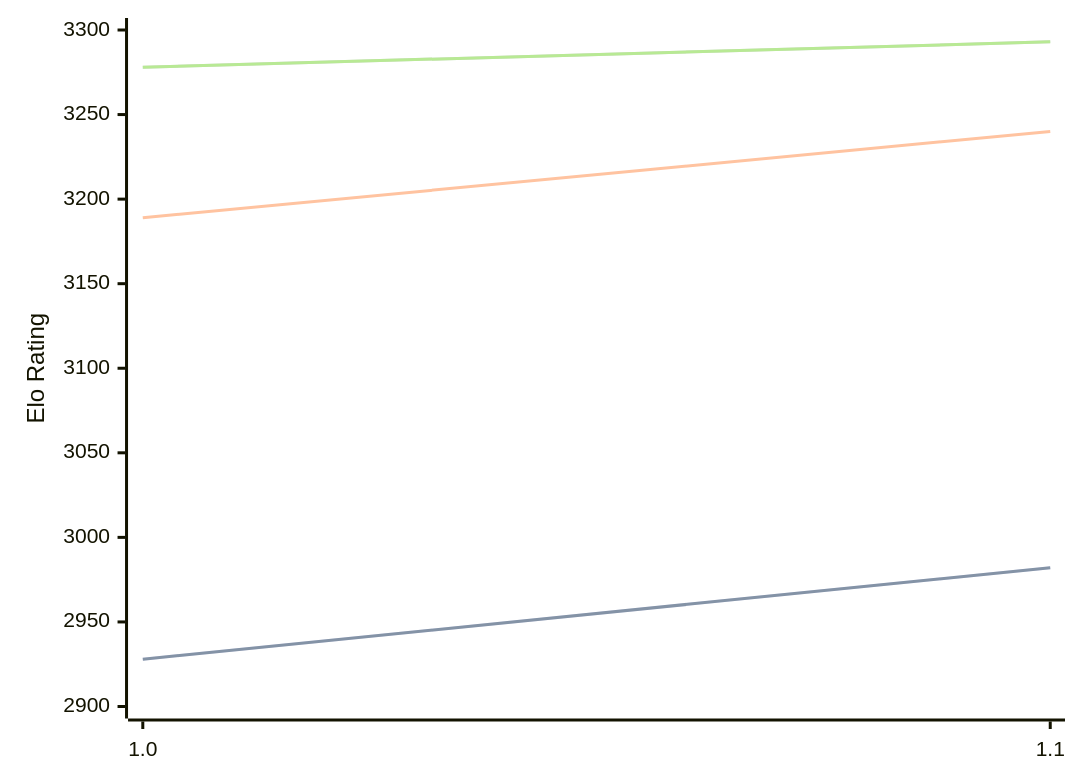
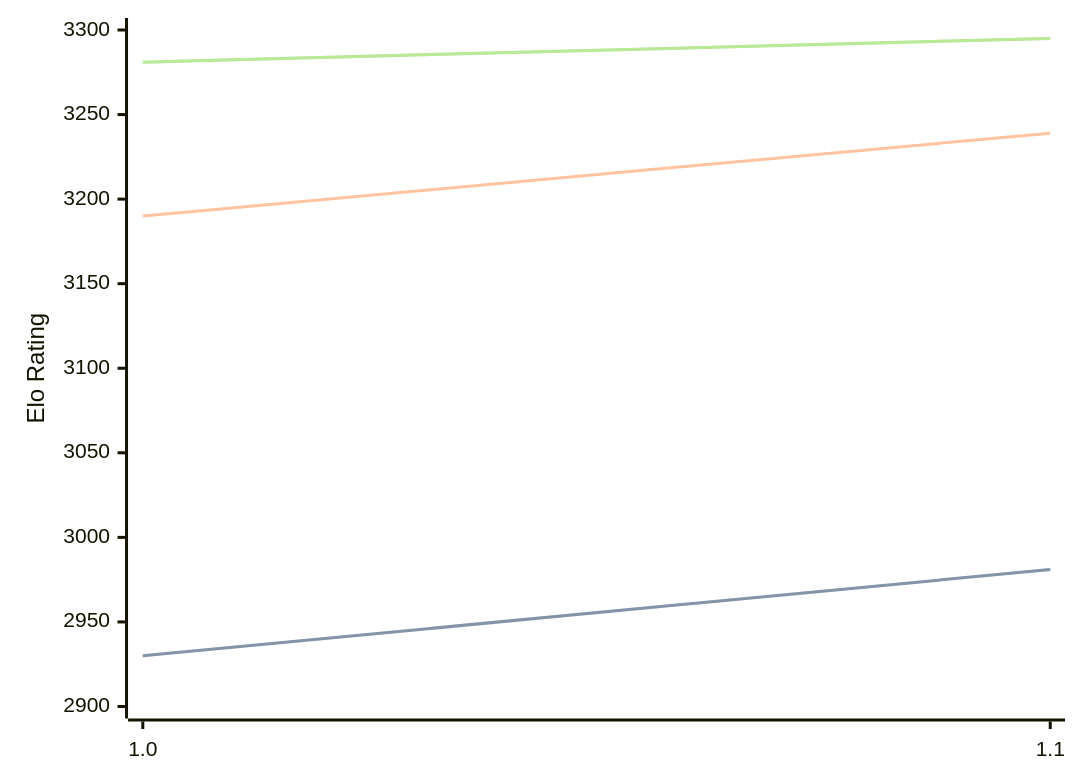
The diagram in engines/RodentV.md (computer-chess-index/cci), drawn with Mermaid before and after one commit. The commit also changed other lines of this file, not shown here.

Commit message:
Update CCI Ratings (ELO VLTC) - 2026-08-22

````diff
--- a/engines/RodentV.md
+++ b/engines/RodentV.md
@@ -32,11 +32,11 @@
 ```mermaid
 %%{init: {"theme":"base","themeVariables":{"seriesColors:['#a3a3a3','#222221','#faa371']}}}%%
 xychart-beta
   x-axis ["1.0", "1.1"]
   y-axis "Elo Rating" 2900 --> 3300
-  line "STC (8.0+0.08s)" [2928, 2982]
-  line "STC (8.0+0.08s)" [2928, 2982]
-  line "LTC (60.0+0.60s)" [3189, 3240]
-  line "VLTC (2m24s+1.12s)" [3278, 3293]
-  line "VLTC (2m24s+1.12s)" [3278, 3293]
+  line "STC (8.0+0.08s)" [2930, 2981]
+  line "STC (8.0+0.08s)" [2930, 2981]
+  line "LTC (60.0+0.60s)" [3190, 3239]
+  line "VLTC (2m24s+1.12s)" [3281, 3295]
+  line "VLTC (2m24s+1.12s)" [3281, 3295]
 ```
````
